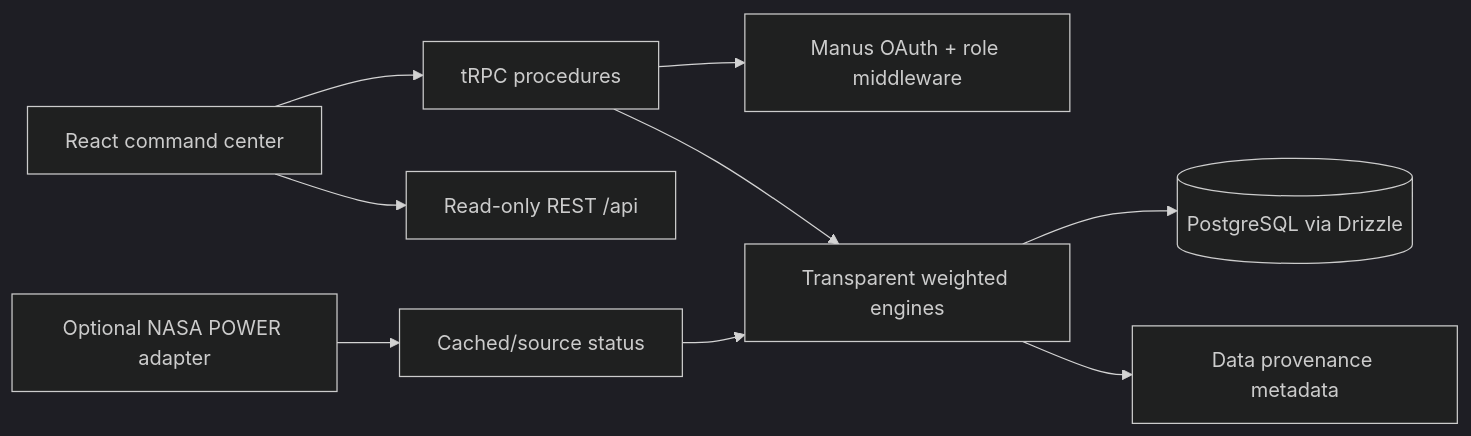
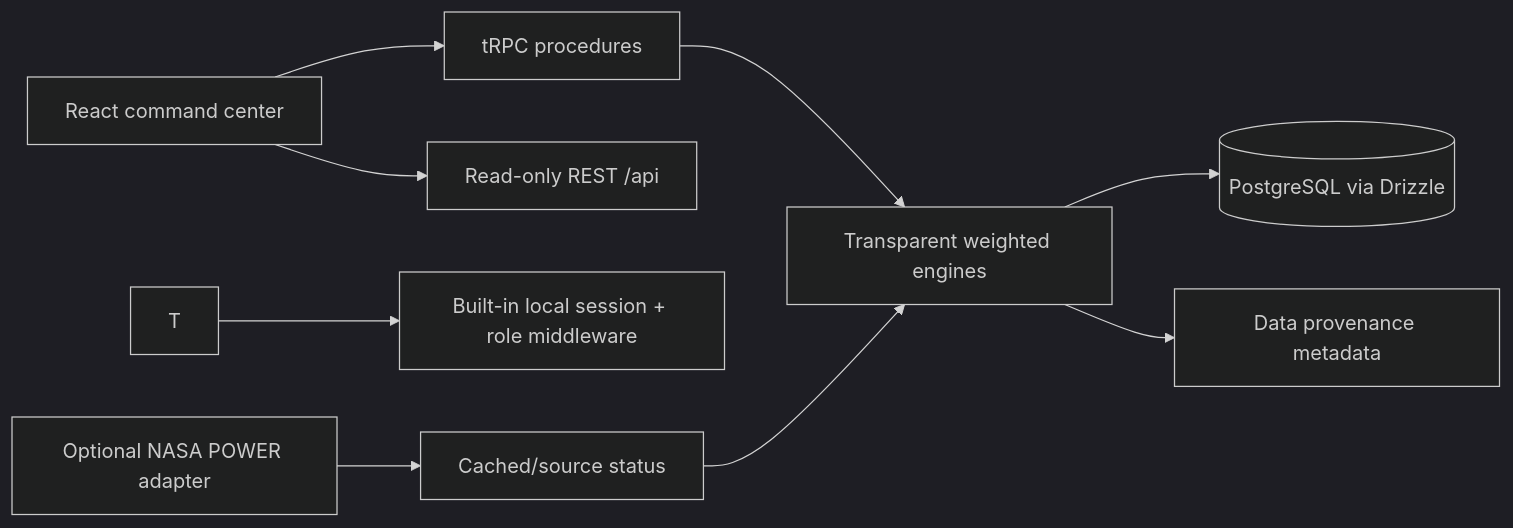
One commit to its-krush/himalayan_spring_recharge_network changed the diagram in README.md. Above: the diagram before and after it, drawn with Mermaid (dark theme). The commit also changed other lines of this file and 17 other files, not shown here.

Commit message:
Remove Manus OAuth and make deployment standalone

````diff
--- a/README.md
+++ b/README.md
@@ -15,11 +15,11 @@
 ```mermaid
 flowchart LR
   UI[React command center] --> RPC[tRPC procedures]
   UI --> REST[Read-only REST /api]
-  RPC --> AUTH[Manus OAuth + role middleware]
+  T --> A[Built-in local session + role middleware]
   RPC --> ENGINE[Transparent weighted engines]
   ENGINE --> DB[(PostgreSQL via Drizzle)]
   ENGINE --> PROV[Data provenance metadata]
   INGEST[Optional NASA POWER adapter] --> CACHE[Cached/source status]
   CACHE --> ENGINE
 ```
````
